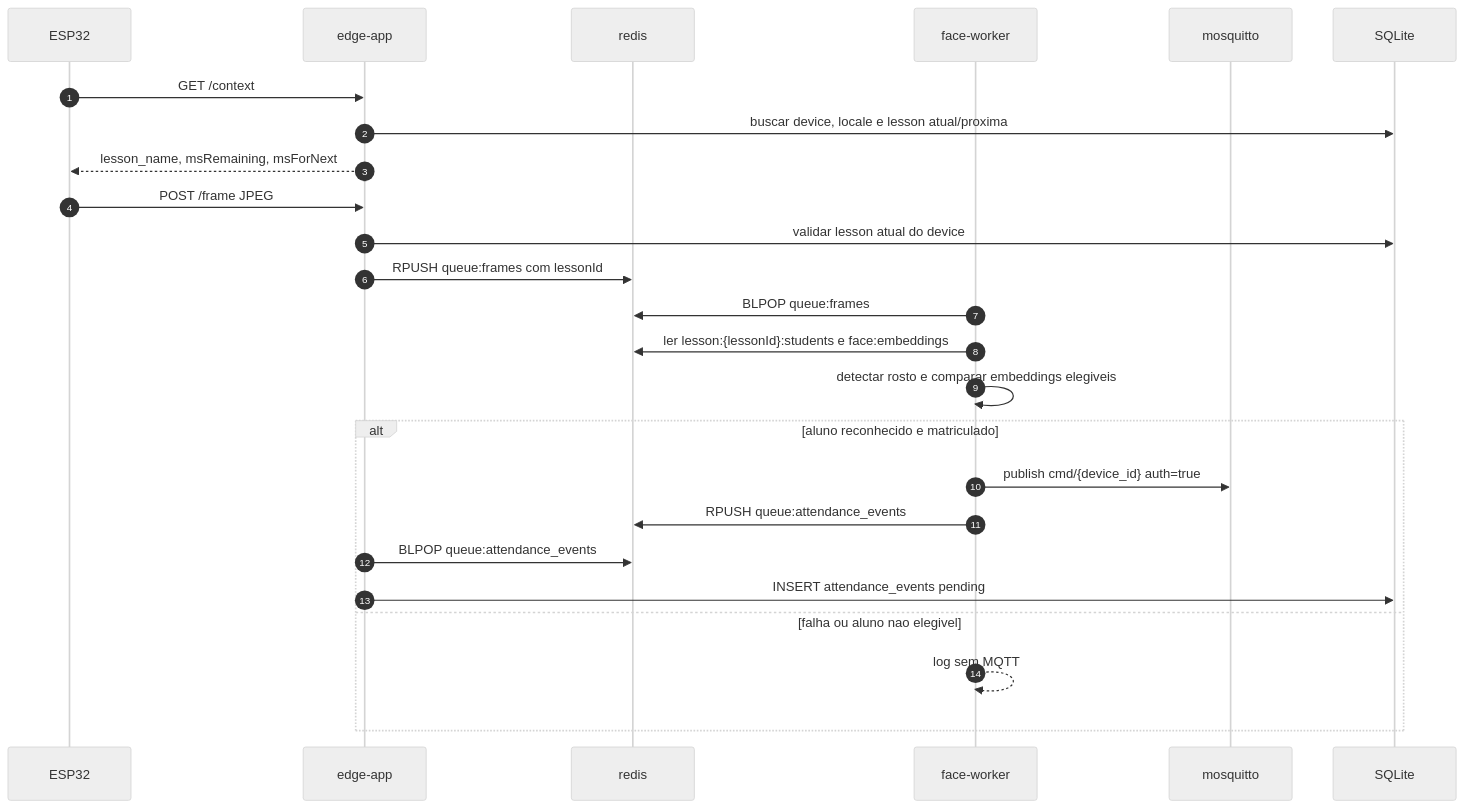
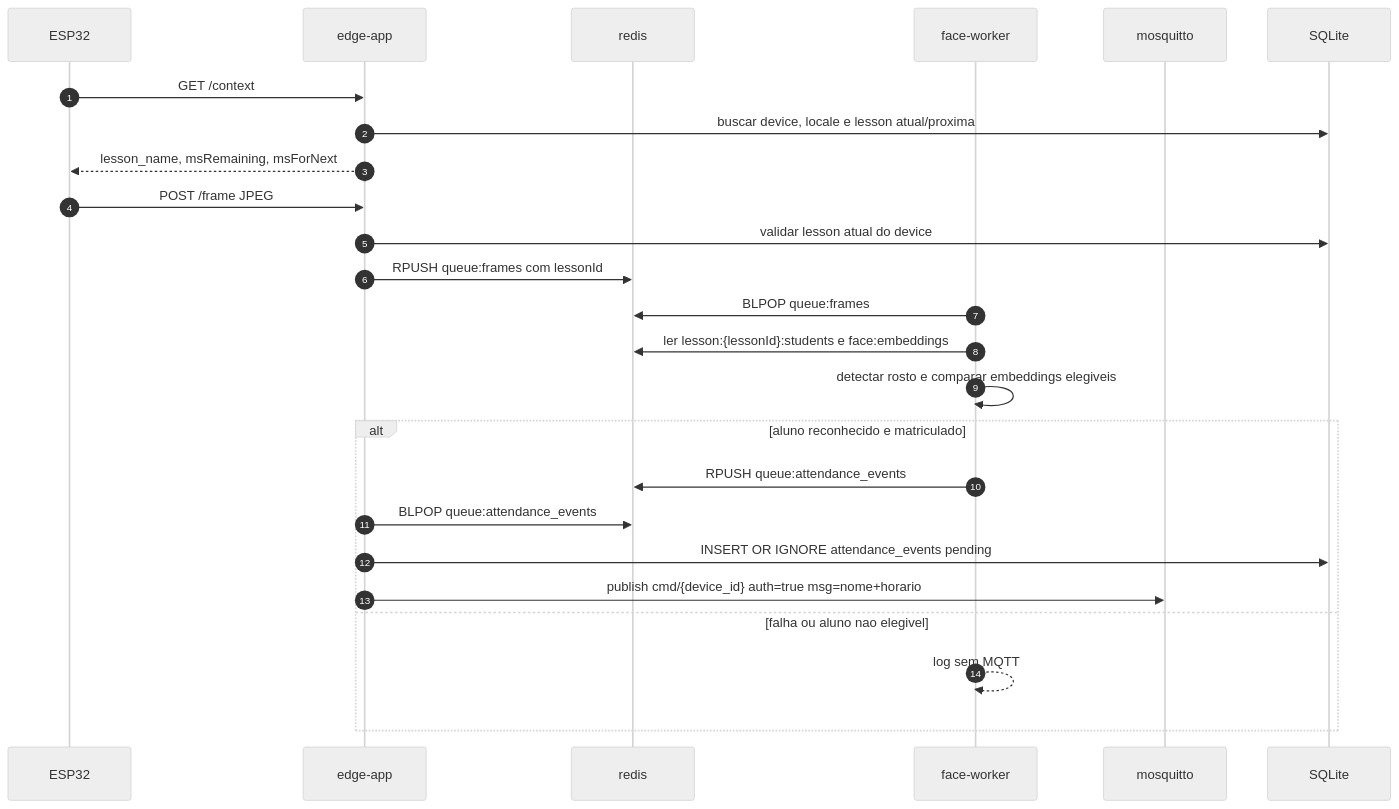
The third of 4 diagrams in README.md (DanielKGM/autoponto-edgenode), drawn with Mermaid (neutral theme) before and after one commit. The commit also changed other lines of this file and 15 other files, not shown here.

````diff
--- a/README.md
+++ b/README.md
@@ -131,28 +129,28 @@
 ```mermaid
 sequenceDiagram
   autonumber
   participant ESP as ESP32
   participant API as edge-app
   participant R as redis
   participant W as face-worker
   participant MQ as mosquitto
   participant DB as SQLite
 
   ESP->>API: GET /context
   API->>DB: buscar device, locale e lesson atual/proxima
   API-->>ESP: lesson_name, msRemaining, msForNext
   ESP->>API: POST /frame JPEG
   API->>DB: validar lesson atual do device
   API->>R: RPUSH queue:frames com lessonId
   W->>R: BLPOP queue:frames
   W->>R: ler lesson:{lessonId}:students e face:embeddings
   W->>W: detectar rosto e comparar embeddings elegiveis
   alt aluno reconhecido e matriculado
-    W->>MQ: publish cmd/{device_id} auth=true
     W->>R: RPUSH queue:attendance_events
     API->>R: BLPOP queue:attendance_events
-    API->>DB: INSERT attendance_events pending
+    API->>DB: INSERT OR IGNORE attendance_events pending
+    API->>MQ: publish cmd/{device_id} auth=true msg=nome+horario
   else falha ou aluno nao elegivel
     W-->>W: log sem MQTT
   end
 ```
````
